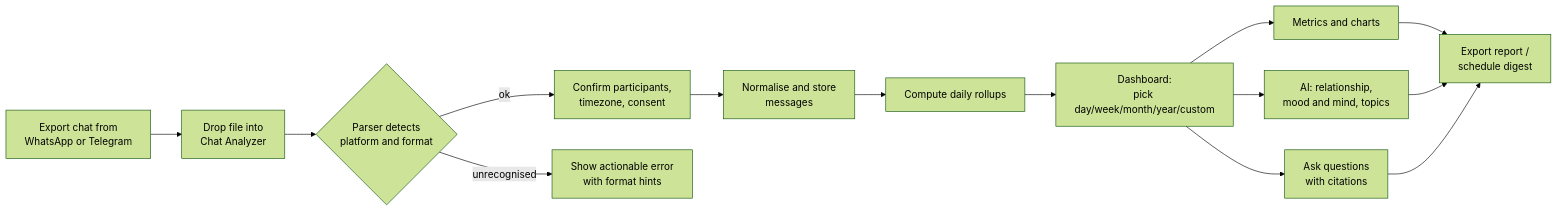
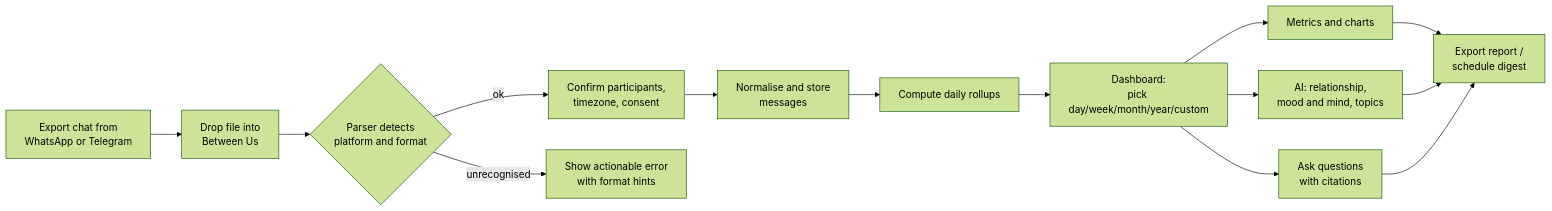
One commit to KshitijV97/between-us changed the first of 2 diagrams in docs/01-requirements.md. Above: the diagram before and after it, drawn with Mermaid (forest theme). The commit also changed other lines of this file and 70 other files, not shown here.

````diff
--- a/docs/01-requirements.md
+++ b/docs/01-requirements.md
@@ -106,14 +106,14 @@
 ```mermaid
 flowchart LR
-    A[Export chat from<br/>WhatsApp or Telegram] --> B[Drop file into<br/>Chat Analyzer]
+    A[Export chat from<br/>WhatsApp or Telegram] --> B[Drop file into<br/>Between Us]
     B --> C{Parser detects<br/>platform and format}
     C -->|ok| D[Confirm participants,<br/>timezone, consent]
     C -->|unrecognised| X[Show actionable error<br/>with format hints]
     D --> E[Normalise and store<br/>messages]
     E --> F[Compute daily rollups]
     F --> G[Dashboard:<br/>pick day/week/month/year/custom]
     G --> H[Metrics and charts]
     G --> I[AI: relationship,<br/>mood and mind, topics]
     G --> J[Ask questions<br/>with citations]
     H & I & J --> K[Export report /<br/>schedule digest]
 ```
````
